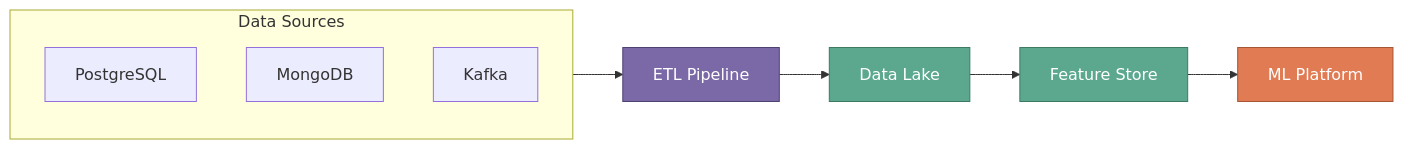
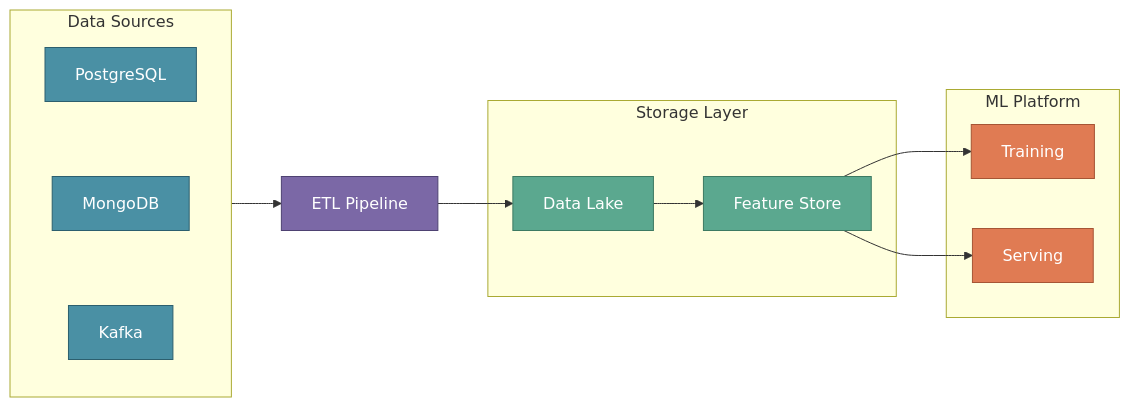
The second of 2 diagrams in docs/mlops/mlops-fundamentals/2-building-ml-team.md (vinaykagithapu/vinay.github.io), drawn with Mermaid before and after one commit. The commit also changed other lines of this file, not shown here.

Commit message:
Revise "Building an ML Engineering Team" documentation: Enhance clarity and conciseness by refining language and structure. Update the XYZShopSmart case study to better illustrate team collaboration and the roles of Product, Data Science, Data Engineering, and MLOps in successful ML projects.

````diff
--- a/docs/mlops/mlops-fundamentals/2-building-ml-team.md
+++ b/docs/mlops/mlops-fundamentals/2-building-ml-team.md
@@ -98,20 +92,37 @@
 ```mermaid
 flowchart LR
     subgraph sources[Data Sources]
+        direction TB
         PG[PostgreSQL]
         MG[MongoDB]
         KF[Kafka]
+        PG ~~~ MG ~~~ KF
     end
     
     ETL[ETL Pipeline]
-    DL[Data Lake]
-    FS[Feature Store]
-    ML[ML Platform]
     
-    sources --> ETL --> DL --> FS --> ML
+    subgraph storage[Storage Layer]
+        DL[Data Lake]
+        FS[Feature Store]
+    end
     
+    subgraph ml[ML Platform]
+        TR[Training]
+        SV[Serving]
+    end
+    
+    sources --> ETL
+    ETL --> DL
+    DL --> FS
+    FS --> TR
+    FS --> SV
+    
+    style PG fill:#4A90A4,stroke:#2C5F6E,color:#fff
+    style MG fill:#4A90A4,stroke:#2C5F6E,color:#fff
+    style KF fill:#4A90A4,stroke:#2C5F6E,color:#fff
     style ETL fill:#7B68A6,stroke:#4E4272,color:#fff
     style DL fill:#5BA88F,stroke:#3D7A62,color:#fff
     style FS fill:#5BA88F,stroke:#3D7A62,color:#fff
-    style ML fill:#E07B53,stroke:#A65535,color:#fff
+    style TR fill:#E07B53,stroke:#A65535,color:#fff
+    style SV fill:#E07B53,stroke:#A65535,color:#fff
 ```
````
